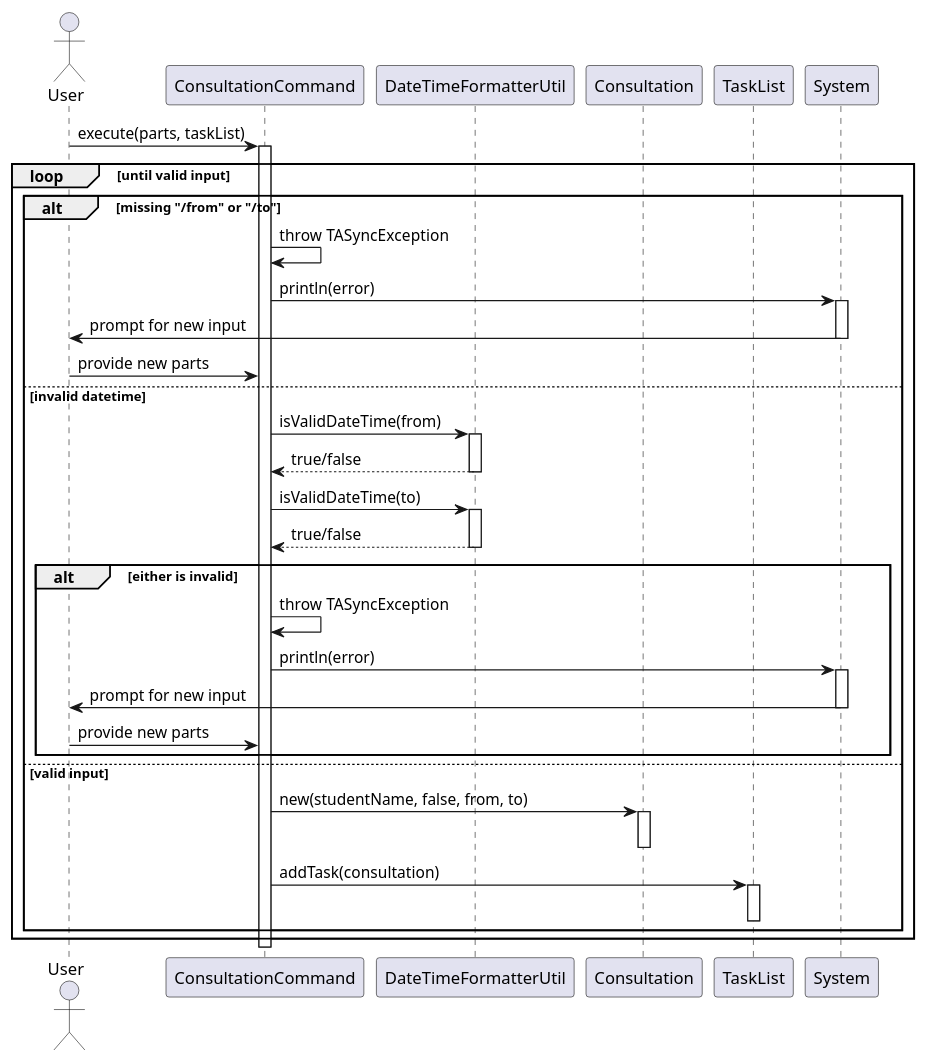
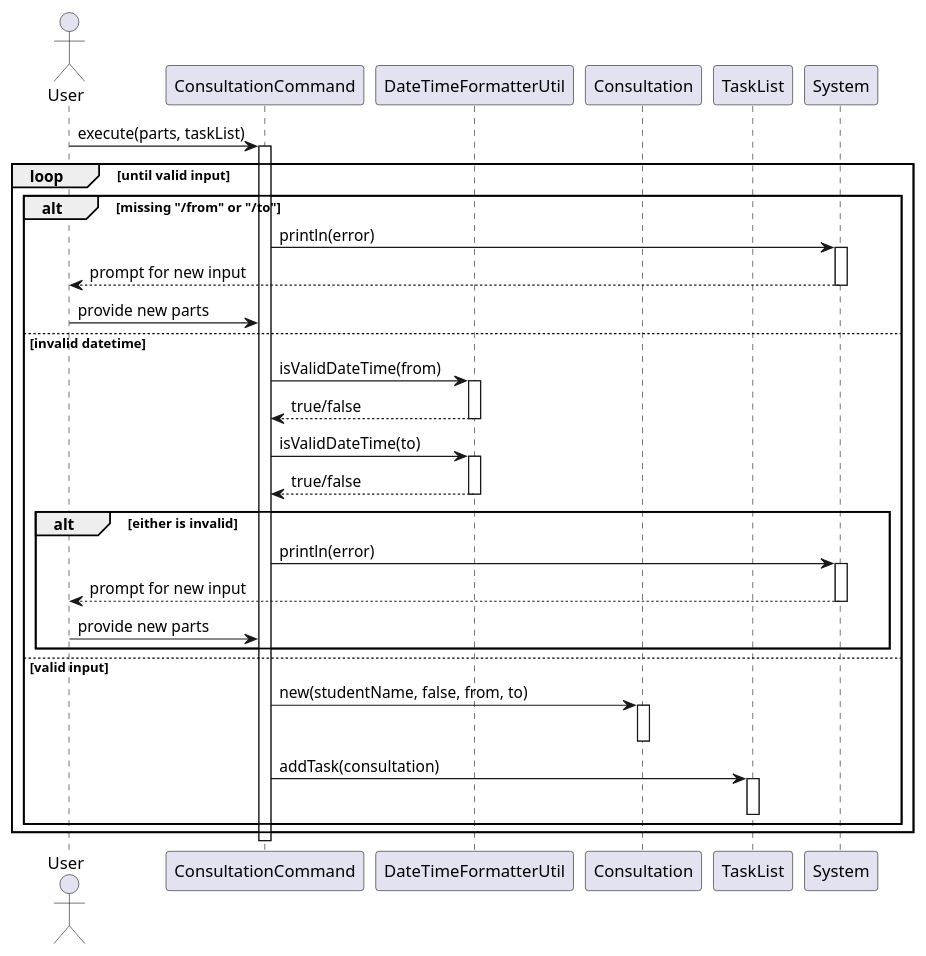
Before and after one commit to wongyihao02/tp: the diagram in docs/diagrams/tasklistcommands/ConsultationCommandSequenceDiagram.puml, drawn with PlantUML. The commit also changed 17 other files, not shown here.

Commit message:
Edit errors in task commands sequence diagrams

```diff
--- a/docs/diagrams/tasklistcommands/ConsultationCommandSequenceDiagram.puml
+++ b/docs/diagrams/tasklistcommands/ConsultationCommandSequenceDiagram.puml
@@ -1,54 +1,52 @@
 @startuml
 'https://plantuml.com/sequence-diagram
 
 actor User
 
 participant "ConsultationCommand" as ConsultCmd
 participant "DateTimeFormatterUtil" as Formatter
 participant "Consultation" as Consultation
 participant "TaskList" as TaskList
 participant "System" as Console
 
 User -> ConsultCmd : execute(parts, taskList)
 activate ConsultCmd
 
 loop until valid input
     alt missing "/from" or "/to"
-        ConsultCmd -> ConsultCmd : throw TASyncException
         ConsultCmd -> Console : println(error)
         activate Console
-        Console -> User : prompt for new input
+        Console --> User : prompt for new input
         deactivate Console
         User -> ConsultCmd : provide new parts
     else invalid datetime
         ConsultCmd -> Formatter : isValidDateTime(from)
         activate Formatter
         Formatter --> ConsultCmd : true/false
         deactivate Formatter
 
         ConsultCmd -> Formatter : isValidDateTime(to)
         activate Formatter
         Formatter --> ConsultCmd : true/false
         deactivate Formatter
 
         alt either is invalid
-            ConsultCmd -> ConsultCmd : throw TASyncException
             ConsultCmd -> Console : println(error)
             activate Console
-            Console -> User : prompt for new input
+            Console --> User : prompt for new input
             deactivate Console
             User -> ConsultCmd : provide new parts
         end
     else valid input
         ConsultCmd -> Consultation : new(studentName, false, from, to)
         activate Consultation
         deactivate Consultation
 
         ConsultCmd -> TaskList : addTask(consultation)
         activate TaskList
         deactivate TaskList
     end
 end
 
 deactivate ConsultCmd
 @enduml
```
